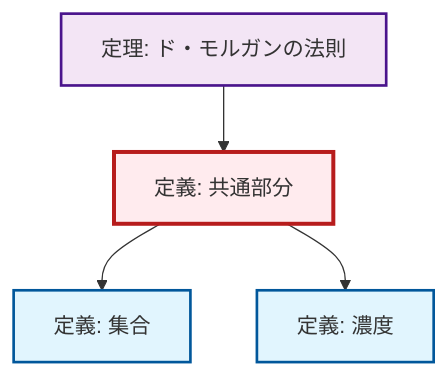
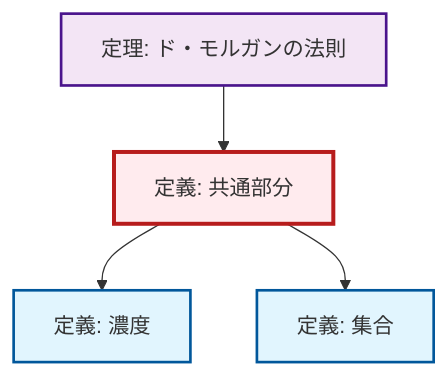
Before and after one commit to RK0429/ModernMath: the diagram in output/mermaid/ja/def-intersection.mermaid, drawn with Mermaid. The commit also changed other lines of this file and 3096 other files, not shown here.

```diff
--- a/output/mermaid/ja/def-intersection.mermaid
+++ b/output/mermaid/ja/def-intersection.mermaid
@@ -1,14 +1,14 @@
 graph TD
     classDef definition fill:#e1f5fe,stroke:#01579b,stroke-width:2px
     classDef theorem fill:#f3e5f5,stroke:#4a148c,stroke-width:2px
     classDef axiom fill:#fff3e0,stroke:#e65100,stroke-width:2px
     classDef example fill:#e8f5e9,stroke:#1b5e20,stroke-width:2px
     classDef current fill:#ffebee,stroke:#b71c1c,stroke-width:3px
+    def-cardinality["定義: 濃度"]:::definition
     def-set["定義: 集合"]:::definition
+    thm-de-morgan["定理: ド・モルガンの法則"]:::theorem
     def-intersection["定義: 共通部分"]:::definition
-    def-cardinality["定義: 濃度"]:::definition
-    thm-de-morgan["定理: ド・モルガンの法則"]:::theorem
+    def-intersection --> def-cardinality
     def-intersection --> def-set
-    def-intersection --> def-cardinality
     thm-de-morgan --> def-intersection
     class def-intersection current
```
